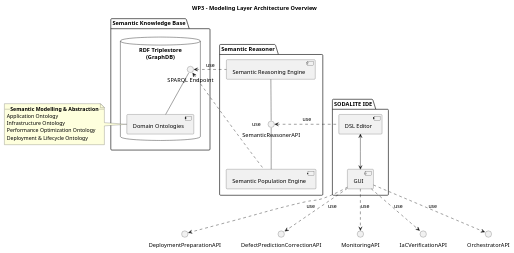
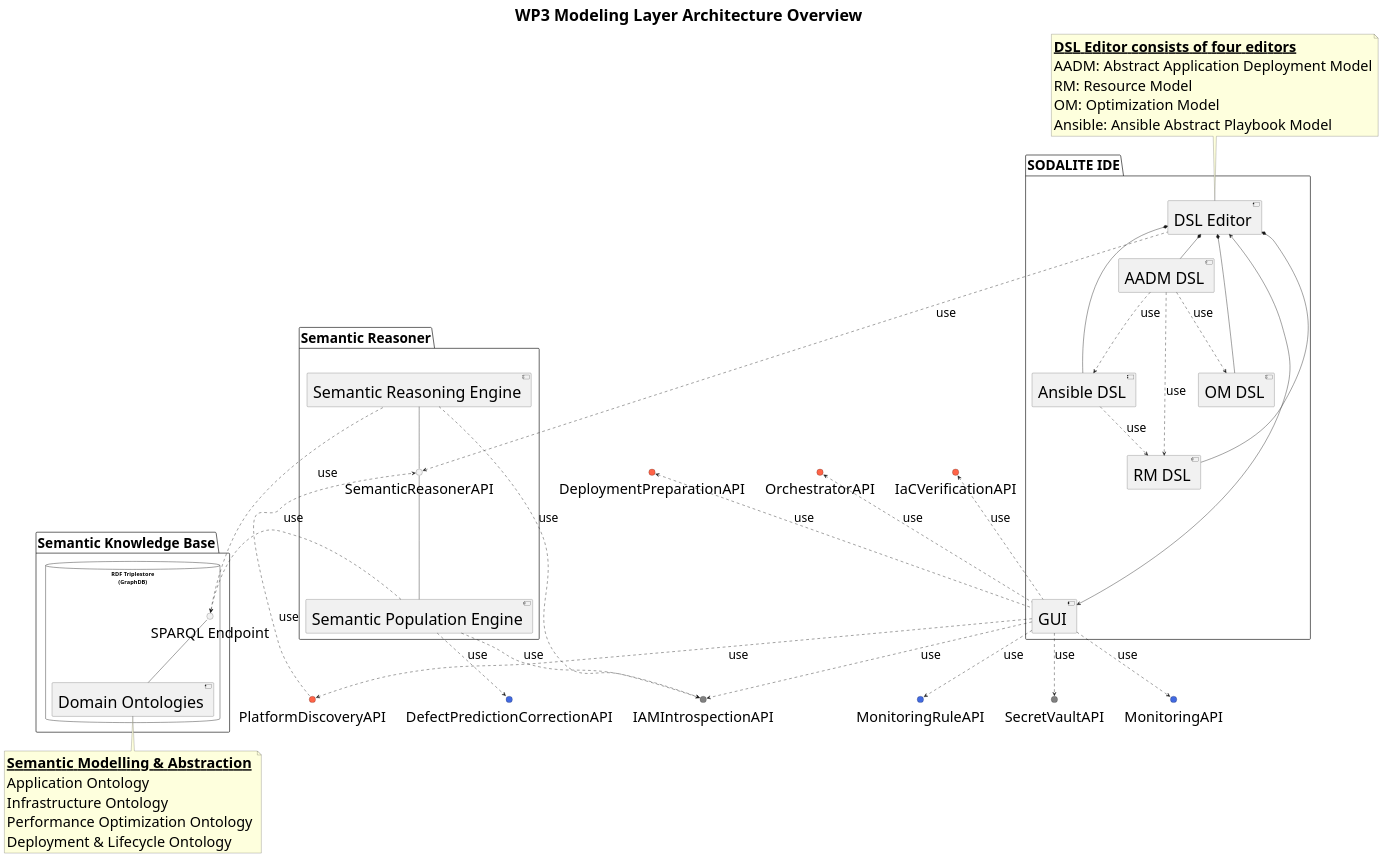
Before and after one commit to SODALITE-EU/project-wide-documentation: the diagram in uml/component-diagrams/CD-WP3-ArchitectureOverview.puml, drawn with PlantUML. The commit also changed 2 other files, not shown here.

Commit message:
WP3 architecture (#5)
* WP3 architecture

* Reformatting the relations

* Typo

* PDS change

* adding refactorer

* remove refactorer

* Add AAI and bug predictor

* UC12 + Editors in Modelling layer

* WP3 component diagram - editors added

* WP3 updates

* Update apis and editors

* Update apis and editors

* WP3 Architecture

* WP3 Architecture

* Increasing fonts

* Increasing fonts

* Increasing fonts

```diff
--- a/uml/component-diagrams/CD-WP3-ArchitectureOverview.puml
+++ b/uml/component-diagrams/CD-WP3-ArchitectureOverview.puml
@@ -1,50 +1,87 @@
 @startuml
+title WP3 Modeling Layer Architecture Overview
+skinparam componentFontSize 40
+skinparam componentArrowFontSize 30
+skinparam packageFontSize 34
+skinparam interfaceFontSize 36
+skinparam titleFontSize 40
+skinparam NoteFontSize 36
 
-title WP3 - Modeling Layer Architecture Overview
-
-interface "DeploymentPreparationAPI" as deploymentPreparationAPI
-interface "DefectPredictionCorrectionAPI" as correctionAPI
-interface "MonitoringAPI" as monitoringAPI
-interface "IaCVerificationAPI" as iacverificationAPI
-interface "OrchestratorAPI" as orchestratorAPI
+interface "IAMIntrospectionAPI" as AAUAPI #808080
+interface "SecretVaultAPI" as SecretVaultAPI #808080
+interface "DeploymentPreparationAPI" as deploymentPreparationAPI #FF6347
+interface "DefectPredictionCorrectionAPI" as correctionAPI #4169E1
+interface "MonitoringAPI" as monitoringAPI #4169E1
+interface "MonitoringRuleAPI" as monitoringRuleAPI #4169E1
+interface "IaCVerificationAPI" as iacverificationAPI #FF6347
+interface "OrchestratorAPI" as orchestratorAPI #FF6347
+interface "PlatformDiscoveryAPI" as PDS #FF6347
 
 package "SODALITE IDE" as IDE {
     component [DSL Editor] as ideDSLeditor
+    component [AADM DSL] as AADM
+    component [RM DSL] as RM
+    component [OM DSL] as OM
+    component [Ansible DSL] as Ansible
+
+    ideDSLeditor *-- AADM
+    ideDSLeditor *-- RM
+    ideDSLeditor *-- OM
+    ideDSLeditor *-- Ansible
+    AADM ..> Ansible: use
+    AADM ..> RM: use
+    AADM ..> OM: use
+    Ansible ..> RM :use
     component [GUI] as ideGUI
 }
+
+note top of ideDSLeditor
+   __**DSL Editor consists of four editors**__ 
+   AADM: Abstract Application Deployment Model
+   RM: Resource Model
+   OM: Optimization Model
+   Ansible: Ansible Abstract Playbook Model
+end note
+
 
 package "Semantic Reasoner" as res {
     interface "SemanticReasonerAPI" as resAPI
     component [Semantic Population Engine] as resPopulationEngine
     component [Semantic Reasoning Engine] as resReasoningEngine
 }
 
 package "Semantic Knowledge Base" as repo {
     database "RDF Triplestore\n(GraphDB)" as triplestore {
         interface "SPARQL Endpoint" as repoEndpoint
         component [Domain Ontologies] as repoOntologies
     }
 }
 
-note left of repoOntologies
-   __**Semantic Modelling & Abstraction**__
+note bottom of repoOntologies
+   __**Semantic Modelling & Abstraction**__ 
    Application Ontology
    Infrastructure Ontology
    Performance Optimization Ontology
    Deployment & Lifecycle Ontology
 end note
 
+ideGUI ..> PDS : use
+PDS ..> resAPI : use
 resAPI -down- resPopulationEngine
 resAPI -up- resReasoningEngine
 ideDSLeditor .left.> resAPI: use
-ideDSLeditor <-down-> ideGUI
+ideDSLeditor <-down----> ideGUI 
 repoOntologies -up- repoEndpoint
-resPopulationEngine .left.> repoEndpoint: use
+resPopulationEngine .right.> repoEndpoint: use
 resReasoningEngine .left.> repoEndpoint: use
-ideGUI ..> deploymentPreparationAPI : use
-ideGUI ..> correctionAPI : use
+resReasoningEngine ..> AAUAPI: use
+resPopulationEngine ..> correctionAPI: use
+resPopulationEngine ..> AAUAPI: use
+ideGUI .up.> deploymentPreparationAPI : use
 ideGUI ..> monitoringAPI : use
-ideGUI ..> iacverificationAPI : use
-ideGUI ..> orchestratorAPI : use
-
+ideGUI ..> monitoringRuleAPI : use
+ideGUI .up.> iacverificationAPI : use
+ideGUI ..> SecretVaultAPI : use
+ideGUI .up.> orchestratorAPI : use
+ideGUI ..> AAUAPI: use
 @enduml
```
